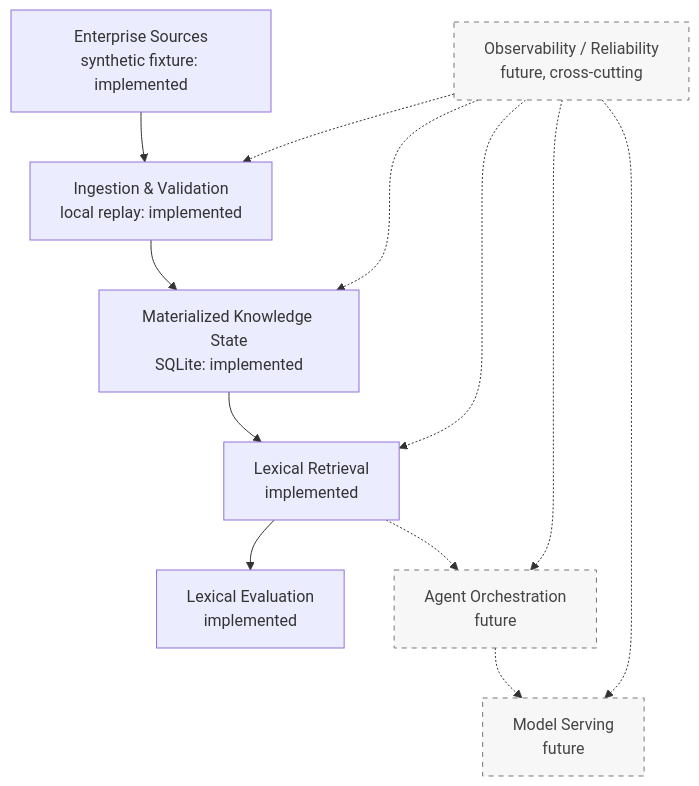
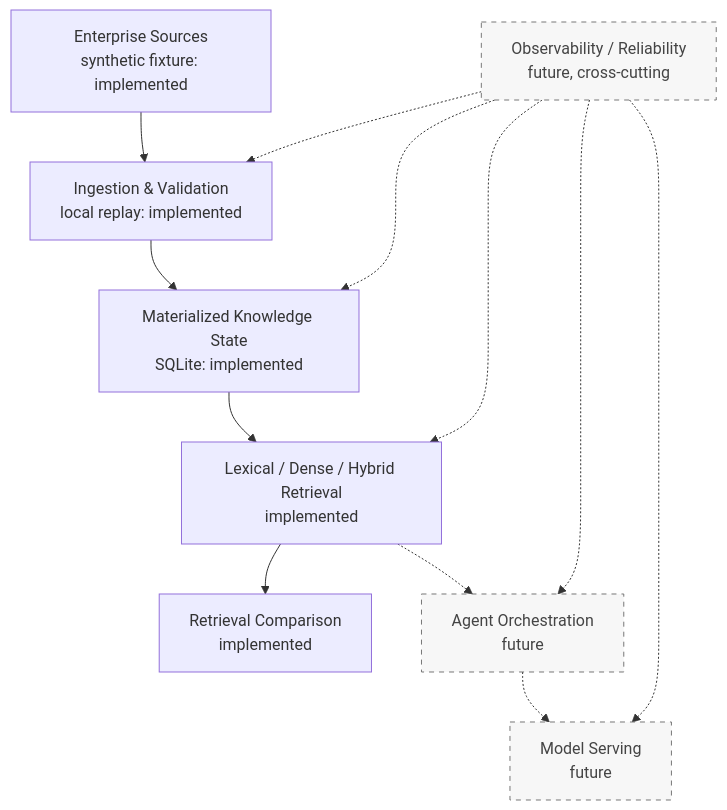
Before and after one commit to mukeshbhandarkar/northstar-ai-platform: the diagram in README.md, drawn with Mermaid. The commit also changed other lines of this file and 13 other files, not shown here.

Commit message:
feat(retrieval): add semantic and hybrid retrieval with snapshot consistency

````diff
--- a/README.md
+++ b/README.md
@@ -34,24 +34,24 @@
 ```mermaid
 flowchart TB
     sources["Enterprise Sources<br/>synthetic fixture: implemented"]
     ingest["Ingestion & Validation<br/>local replay: implemented"]
     state["Materialized Knowledge State<br/>SQLite: implemented"]
-    retrieval["Lexical Retrieval<br/>implemented"]
+    retrieval["Lexical / Dense / Hybrid Retrieval<br/>implemented"]
     agents["Agent Orchestration<br/>future"]
     serving["Model Serving<br/>future"]
-    evaluation["Lexical Evaluation<br/>implemented"]
+    evaluation["Retrieval Comparison<br/>implemented"]
     cross["Observability / Reliability<br/>future, cross-cutting"]
 
     sources --> ingest --> state
     state --> retrieval
     retrieval --> evaluation
     retrieval -.-> agents -.-> serving
     cross -.-> ingest
     cross -.-> state
     cross -.-> retrieval
     cross -.-> agents
     cross -.-> serving
 
     classDef future fill:#f7f7f7,stroke:#777,stroke-dasharray:5 5,color:#444;
     class agents,serving,cross future;
 ```
````
